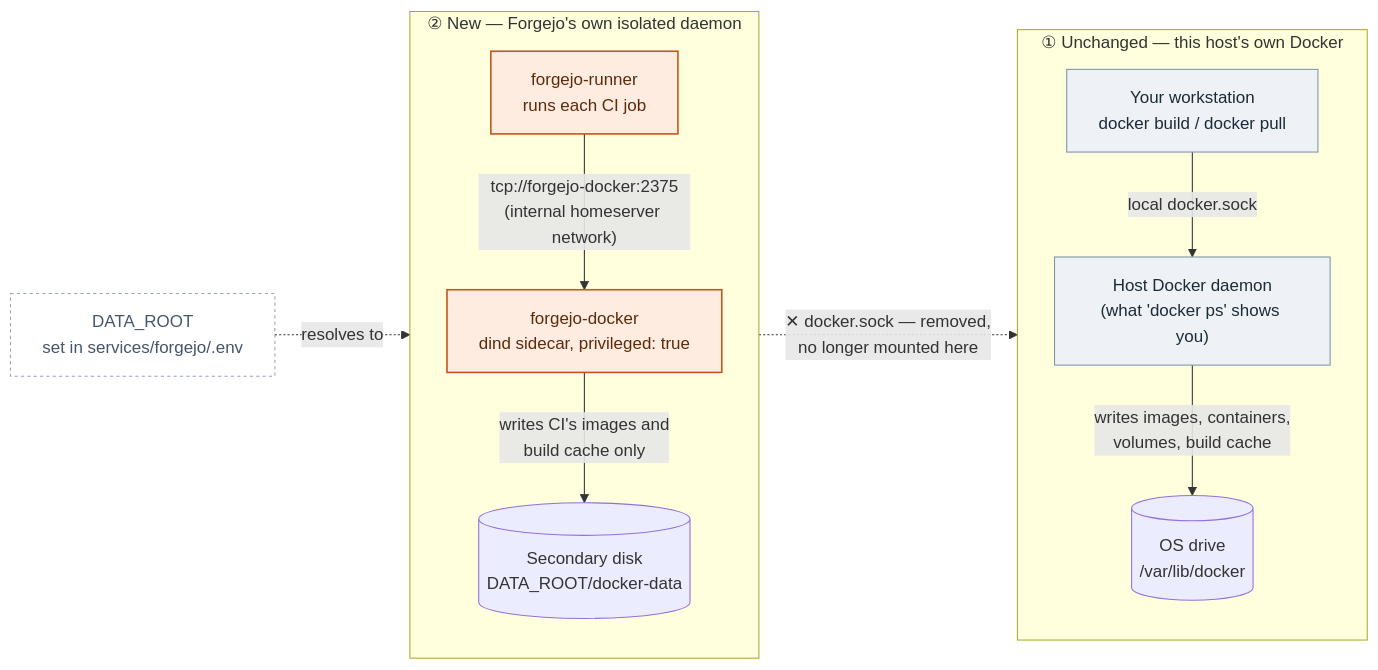
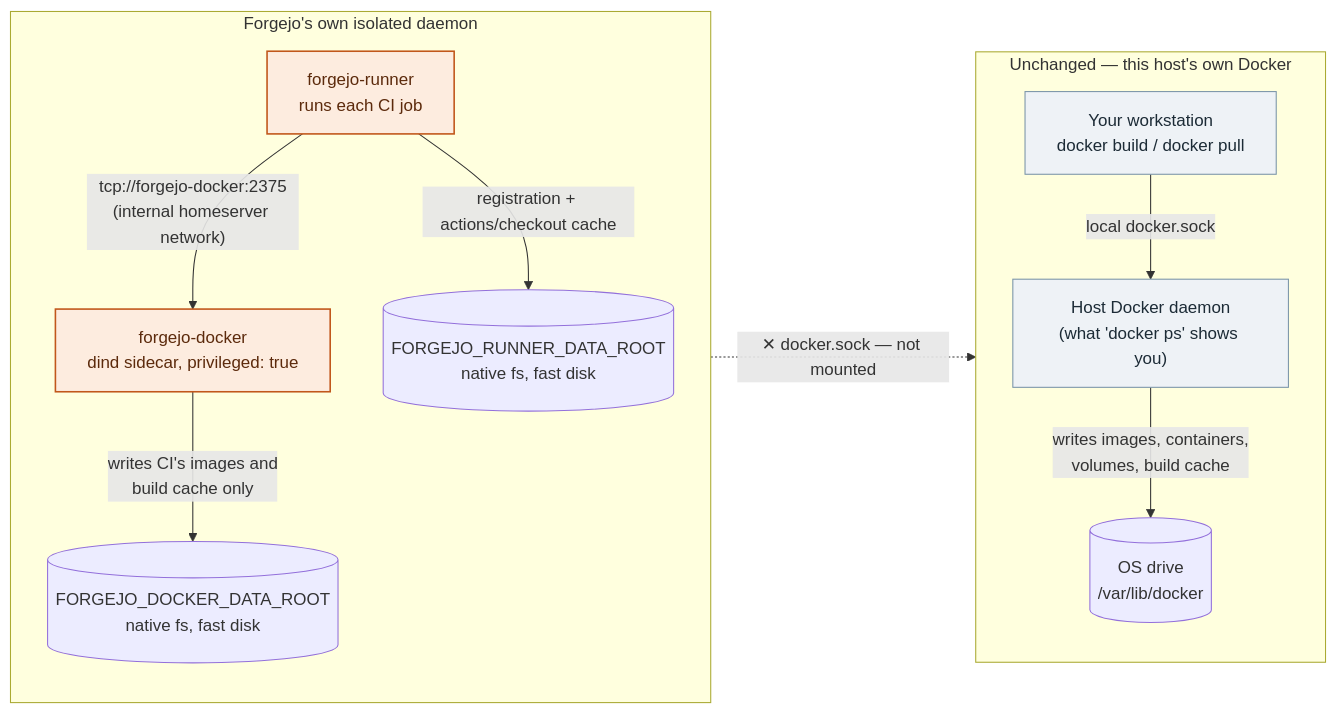
The diagram in docs/services/forgejo.md (rajubhimani/homeserver), drawn with Mermaid before and after one commit. The commit also changed other lines of this file and 3 other files, not shown here.

````diff
--- a/docs/services/forgejo.md
+++ b/docs/services/forgejo.md
@@ -111,27 +111,25 @@
 ```mermaid
 flowchart LR
-    subgraph unchanged["① Unchanged — this host's own Docker"]
+    subgraph unchanged["Unchanged — this host's own Docker"]
         direction TB
         WS["Your workstation<br/>docker build / docker pull"] -->|"local docker.sock"| HD["Host Docker daemon<br/>(what 'docker ps' shows you)"]
         HD -->|"writes images, containers,<br/>volumes, build cache"| OSD[("OS drive<br/>/var/lib/docker")]
     end
 
-    subgraph isolated["② New — Forgejo's own isolated daemon"]
+    subgraph isolated["Forgejo's own isolated daemon"]
         direction TB
         CI["forgejo-runner<br/>runs each CI job"] -->|"tcp://forgejo-docker:2375<br/>(internal homeserver network)"| FD["forgejo-docker<br/>dind sidecar, privileged: true"]
-        FD -->|"writes CI's images and<br/>build cache only"| SEC[("Secondary disk<br/>DATA_ROOT/docker-data")]
+        FD -->|"writes CI's images and<br/>build cache only"| SEC[("FORGEJO_DOCKER_DATA_ROOT<br/>native fs, fast disk")]
+        CI -->|"registration + actions/checkout cache"| RD[("FORGEJO_RUNNER_DATA_ROOT<br/>native fs, fast disk")]
     end
 
-    CI -.->|"✕ docker.sock — removed,<br/>no longer mounted here"| HD
-    DR["DATA_ROOT<br/>set in services/forgejo/.env"] -.->|resolves to| SEC
+    CI -.->|"✕ docker.sock — not mounted"| HD
 
     classDef unchangedStyle fill:#eef2f6,stroke:#7a94a8,color:#1c2b36,stroke-width:1px;
     classDef isolatedStyle fill:#fdecdf,stroke:#c1571b,color:#5c2a0c,stroke-width:1.5px;
     classDef diskStyle stroke-width:1.5px;
-    classDef noteStyle fill:none,stroke:#94a3b8,stroke-dasharray: 3 3,color:#475569;
     class WS,HD unchangedStyle;
     class CI,FD isolatedStyle;
     class OSD unchangedStyle,diskStyle;
-    class SEC isolatedStyle,diskStyle;
-    class DR noteStyle;
+    class SEC,RD isolatedStyle,diskStyle;
 ```
````
